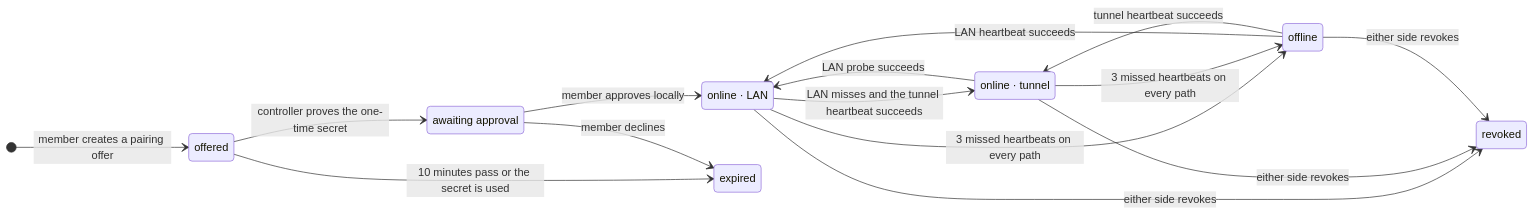
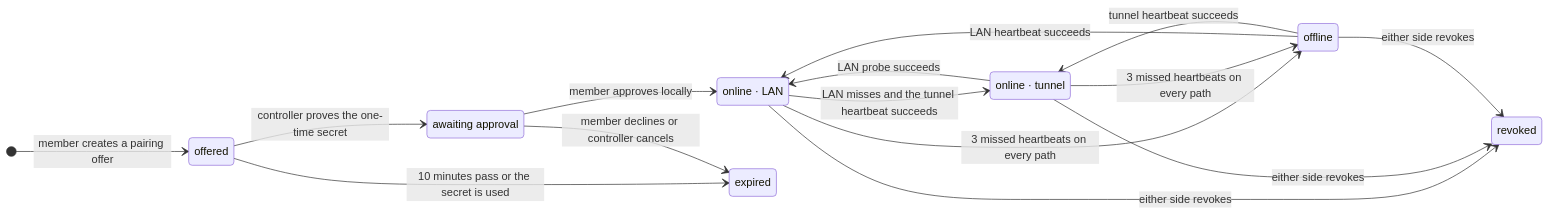
The diagram in arch/mechanisms/device-link.mmd (whzxc/agent-remote-control), drawn with Mermaid before and after one commit. The commit also changed 7 other files, not shown here.

```diff
--- a/arch/mechanisms/device-link.mmd
+++ b/arch/mechanisms/device-link.mmd
@@ -1,32 +1,32 @@
 %% Device link (layer 2): pairing and reachability of one member as seen by its controller.
 %% Index and code mapping: docs/dev/arch-assets.md
 stateDiagram-v2
   direction LR
   state "offered" as offered
   state "awaiting approval" as pending
   state "online · LAN" as lan
   state "online · tunnel" as tunnel
   state "offline" as offline
   state "expired" as expired
   state "revoked" as revoked
   [*] --> offered: member creates a pairing offer
   offered --> pending: controller proves the one-time secret
   offered --> expired: 10 minutes pass or the secret is used
   pending --> lan: member approves locally
-  pending --> expired: member declines
+  pending --> expired: member declines or controller cancels
   lan --> tunnel: LAN misses and the tunnel heartbeat succeeds
   tunnel --> lan: LAN probe succeeds
   lan --> offline: 3 missed heartbeats on every path
   tunnel --> offline: 3 missed heartbeats on every path
   offline --> lan: LAN heartbeat succeeds
   offline --> tunnel: tunnel heartbeat succeeds
   lan --> revoked: either side revokes
   tunnel --> revoked: either side revokes
   offline --> revoked: either side revokes
   class offered waiting
   class pending waiting
   class lan done
   class tunnel done
   class offline stopped
   class expired stopped
   class revoked stopped
```
